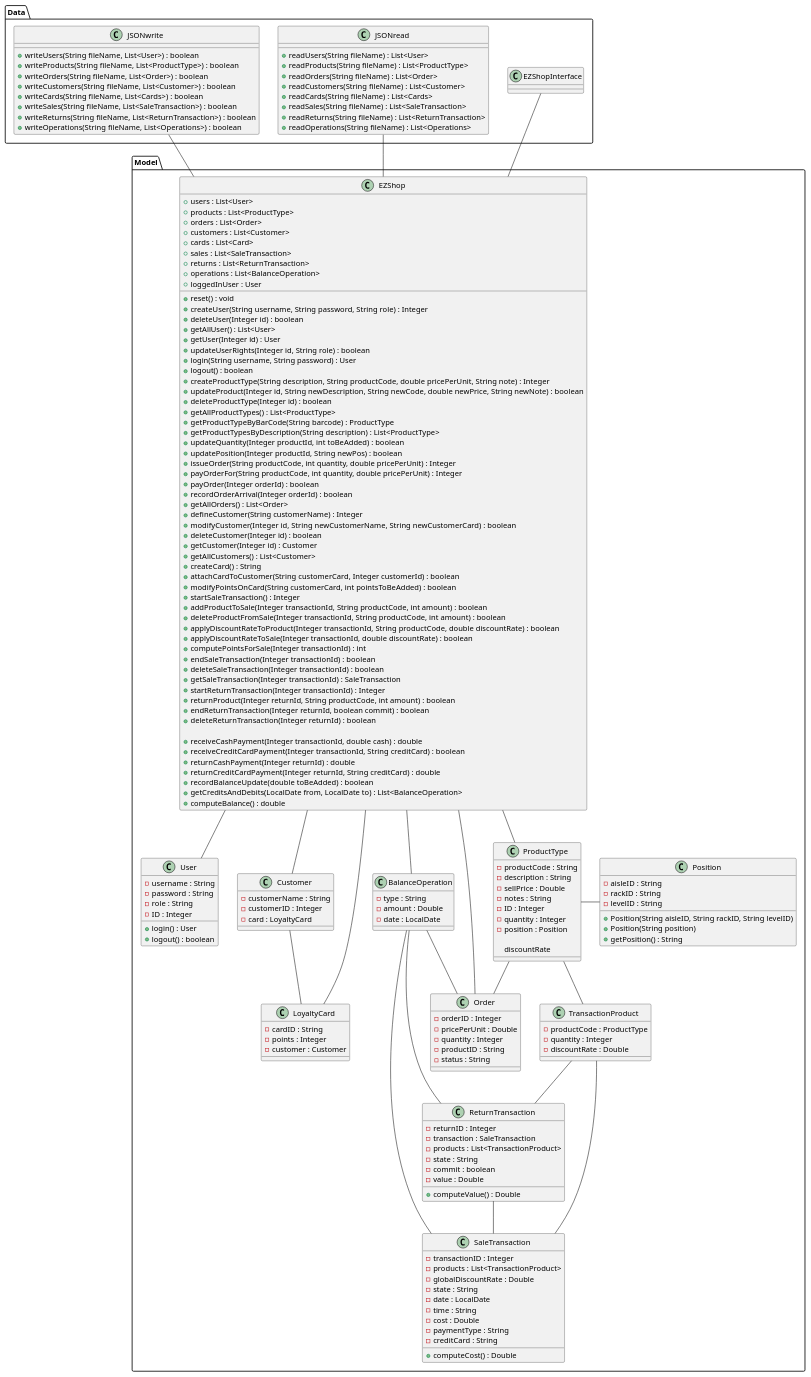
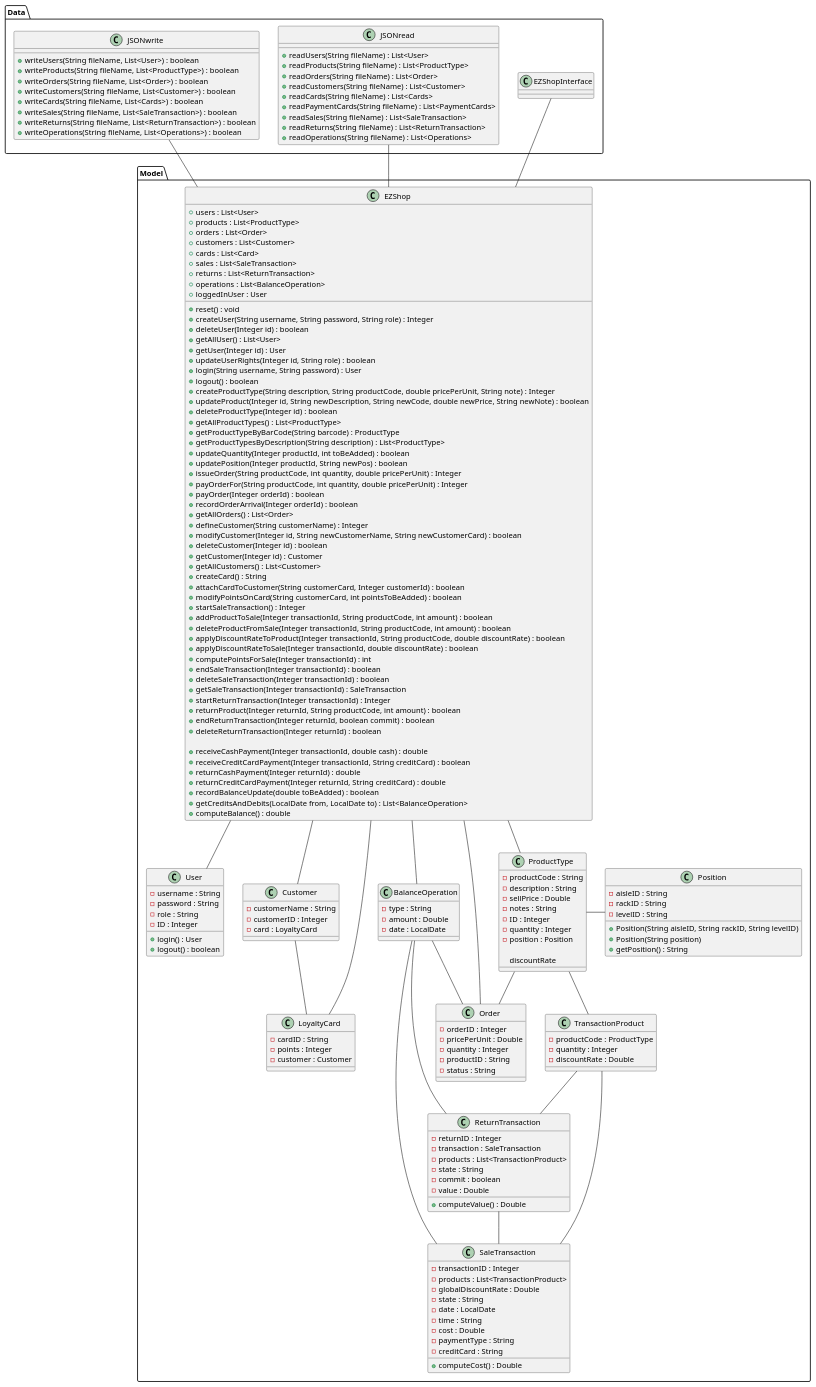
The first of 19 diagrams in Deliverables/DesignDocument.md (giuseppesalvi/ezshop), drawn with PlantUML before and after one commit. The commit also changed other lines of this file, not shown here.

```diff
--- a/Deliverables/DesignDocument.md
+++ b/Deliverables/DesignDocument.md
@@ -45,6 +45,7 @@
         +readOrders(String fileName) : List<Order>
         +readCustomers(String fileName) : List<Customer>
         +readCards(String fileName) : List<Cards>
+        +readPaymentCards(String fileName) : List<PaymentCards>
         +readSales(String fileName) : List<SaleTransaction>
         +readReturns(String fileName) : List<ReturnTransaction>
         +readOperations(String fileName) : List<Operations>
```
